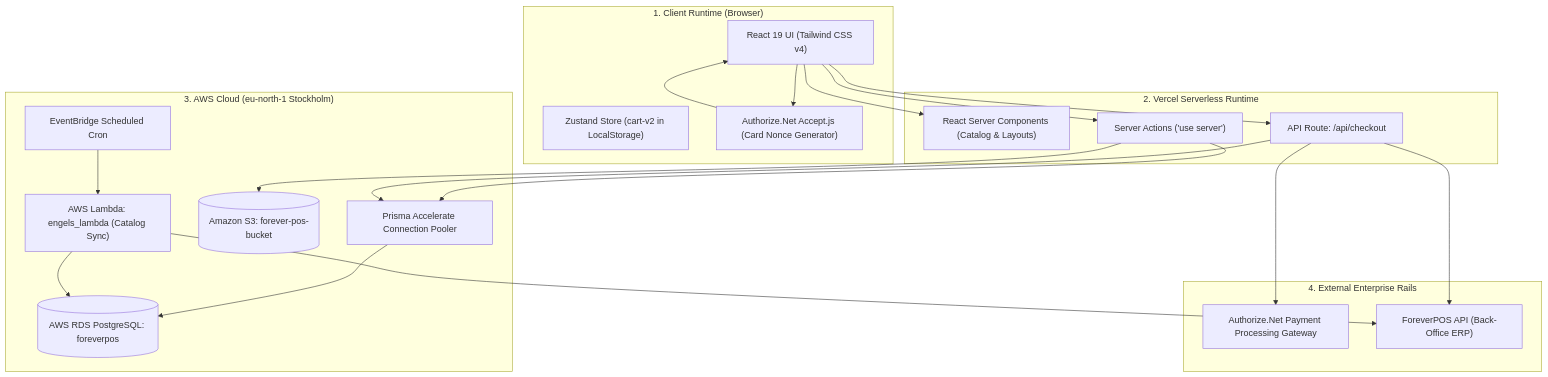
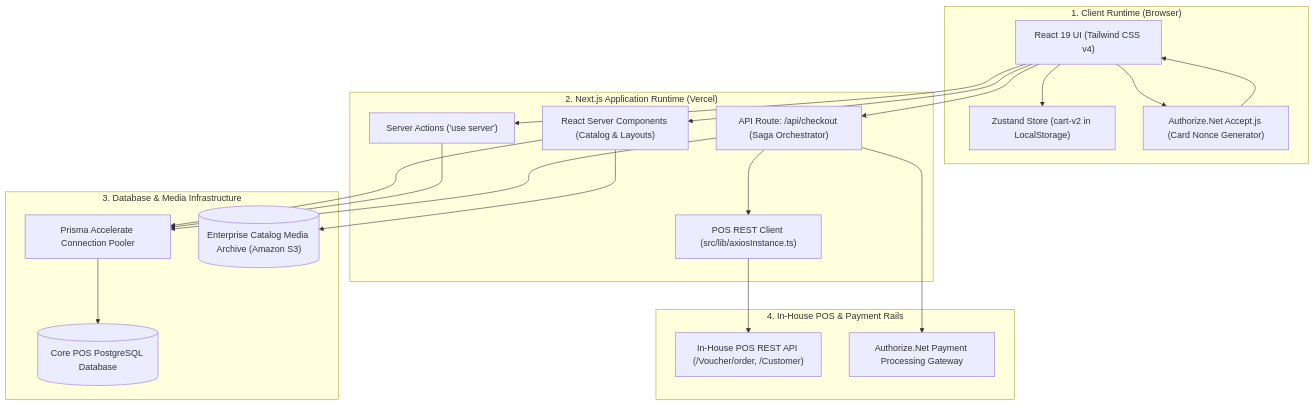
One commit to Nawaz393/omnichannel-ecommerce-platform-architecture changed the diagram in README.md. Above: the diagram before and after it, drawn with Mermaid. The commit also changed other lines of this file and 17 other files, not shown here.

Commit message:
refactor: generalize proprietary names, eliminate lambda, and document direct POS DB/API architecture

````diff
--- a/README.md
+++ b/README.md
@@ -29,42 +29,43 @@
 ```mermaid
 flowchart TB
     subgraph ClientLayer ["1. Client Runtime (Browser)"]
         Browser["React 19 UI (Tailwind CSS v4)"]
         Zustand["Zustand Store (cart-v2 in LocalStorage)"]
         AcceptJS["Authorize.Net Accept.js (Card Nonce Generator)"]
     end
 
-    subgraph VercelEdge ["2. Vercel Serverless Runtime"]
+    subgraph AppRuntime ["2. Next.js Application Runtime (Vercel)"]
         RSC["React Server Components (Catalog & Layouts)"]
         Actions["Server Actions ('use server')"]
-        API["API Route: /api/checkout"]
+        API["API Route: /api/checkout (Saga Orchestrator)"]
+        AxiosClient["POS REST Client (src/lib/axiosInstance.ts)"]
     end
 
-    subgraph AWSStockholm ["3. AWS Cloud (eu-north-1 Stockholm)"]
+    subgraph DataStorage ["3. Database & Media Infrastructure"]
         Accelerate["Prisma Accelerate Connection Pooler"]
-        RDS[("AWS RDS PostgreSQL: foreverpos")]
-        S3[("Amazon S3: forever-pos-bucket")]
-        LambdaWorker["AWS Lambda: engels_lambda (Catalog Sync)"]
-        EventBridge["EventBridge Scheduled Cron"]
+        CoreDB[("Core POS PostgreSQL Database")]
+        MediaCDN[("Enterprise Catalog Media Archive (Amazon S3)")]
     end
 
-    subgraph ExternalServices ["4. External Enterprise Rails"]
+    subgraph ExternalSystems ["4. In-House POS & Payment Rails"]
+        InHousePOS["In-House POS REST API (/Voucher/order, /Customer)"]
         AuthNet["Authorize.Net Payment Processing Gateway"]
-        ForeverPOS["ForeverPOS API (Back-Office ERP)"]
     end
 
     Browser --> AcceptJS
     AcceptJS --> Browser
     Browser --> RSC
     Browser --> Actions
     Browser --> API
+    Browser --> Zustand
+
+    RSC --> Accelerate
     Actions --> Accelerate
     API --> Accelerate
-    Accelerate --> RDS
+    Accelerate --> CoreDB
+
+    API --> AxiosClient
+    AxiosClient --> InHousePOS
     API --> AuthNet
-    API --> ForeverPOS
-    Actions --> S3
-    EventBridge --> LambdaWorker
-    LambdaWorker --> RDS
-    LambdaWorker --> ForeverPOS
+    RSC --> MediaCDN
 ```
````
